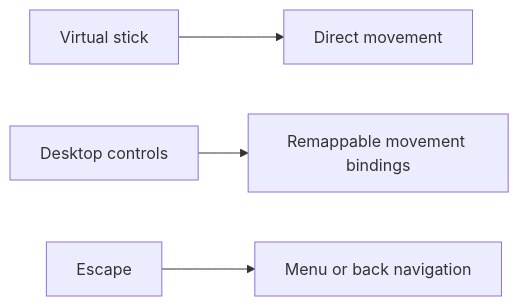
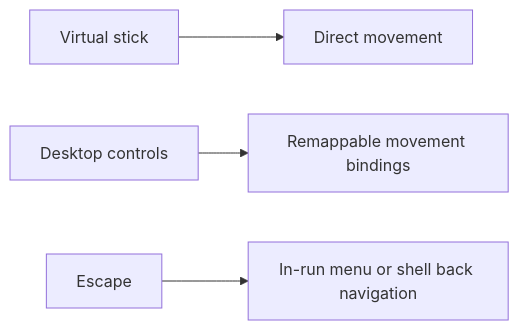
The eighth of 11 diagrams in README.md (AlexAgo83/emberwake), drawn with Mermaid before and after one commit. The commit also changed other lines of this file and 8 other files, not shown here.

````diff
--- a/README.md
+++ b/README.md
@@ -227,6 +233,6 @@
 ```mermaid
 flowchart LR
     Mobile[Virtual stick] --> Move[Direct movement]
     Desktop[Desktop controls] --> Rebind[Remappable movement bindings]
-    Escape[Escape] --> ShellNav[Menu or back navigation]
+    Escape[Escape] --> ShellNav[In-run menu or shell back navigation]
 ```
````
